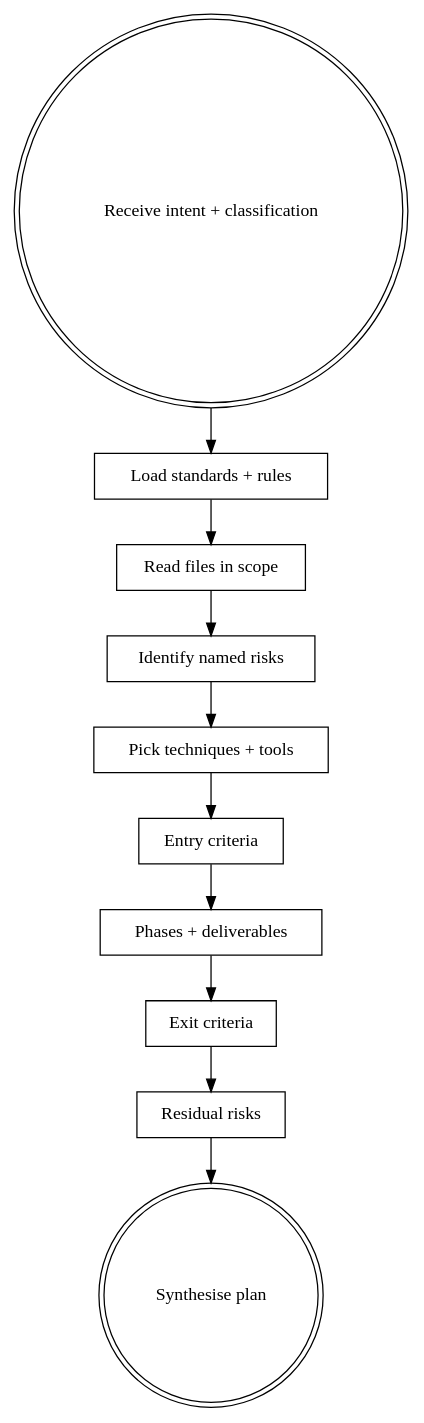
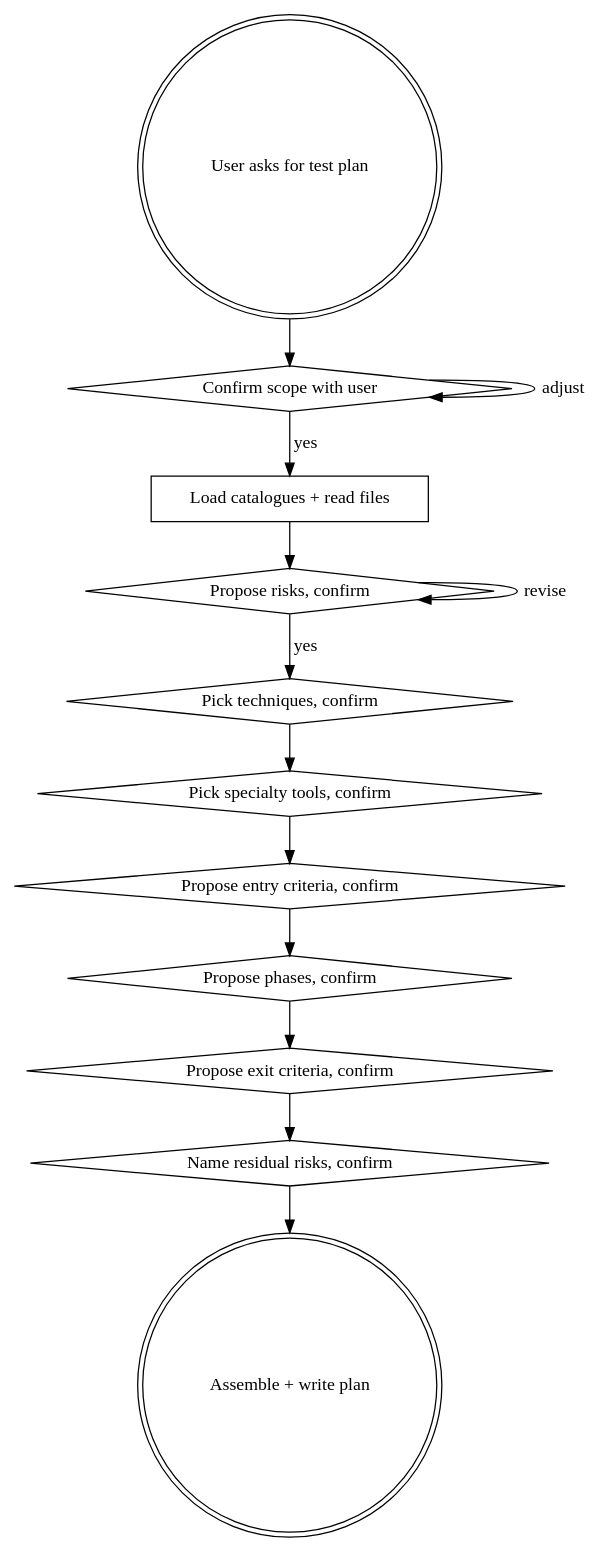
The diagram in skills/qa-creating-test-plan/SKILL.md (sumithr/sumo-qa), drawn with Graphviz before and after one commit. The commit also changed other lines of this file and 15 other files, not shown here.

First line of the commit message:
refactor(skills): one-section-per-turn discipline + specialty-tools as category-fit primer

````diff
--- a/skills/qa-creating-test-plan/SKILL.md
+++ b/skills/qa-creating-test-plan/SKILL.md
@@ -41,25 +65,29 @@
 ```dot
 digraph qa_creating_test_plan {
     rankdir=TB;
-    "Receive intent + classification" [shape=doublecircle];
-    "Load standards + rules" [shape=box];
-    "Read files in scope" [shape=box];
-    "Identify named risks" [shape=box];
-    "Pick techniques + tools" [shape=box];
-    "Entry criteria" [shape=box];
-    "Phases + deliverables" [shape=box];
-    "Exit criteria" [shape=box];
-    "Residual risks" [shape=box];
-    "Synthesise plan" [shape=doublecircle];
+    "User asks for test plan" [shape=doublecircle];
+    "Confirm scope with user" [shape=diamond];
+    "Load catalogues + read files" [shape=box];
+    "Propose risks, confirm" [shape=diamond];
+    "Pick techniques, confirm" [shape=diamond];
+    "Pick specialty tools, confirm" [shape=diamond];
+    "Propose entry criteria, confirm" [shape=diamond];
+    "Propose phases, confirm" [shape=diamond];
+    "Propose exit criteria, confirm" [shape=diamond];
+    "Name residual risks, confirm" [shape=diamond];
+    "Assemble + write plan" [shape=doublecircle];
 
-    "Receive intent + classification" -> "Load standards + rules";
-    "Load standards + rules" -> "Read files in scope";
-    "Read files in scope" -> "Identify named risks";
-    "Identify named risks" -> "Pick techniques + tools";
-    "Pick techniques + tools" -> "Entry criteria";
-    "Entry criteria" -> "Phases + deliverables";
-    "Phases + deliverables" -> "Exit criteria";
-    "Exit criteria" -> "Residual risks";
-    "Residual risks" -> "Synthesise plan";
+    "User asks for test plan" -> "Confirm scope with user";
+    "Confirm scope with user" -> "Load catalogues + read files" [label="yes"];
+    "Confirm scope with user" -> "Confirm scope with user" [label="adjust"];
+    "Load catalogues + read files" -> "Propose risks, confirm";
+    "Propose risks, confirm" -> "Pick techniques, confirm" [label="yes"];
+    "Propose risks, confirm" -> "Propose risks, confirm" [label="revise"];
+    "Pick techniques, confirm" -> "Pick specialty tools, confirm";
+    "Pick specialty tools, confirm" -> "Propose entry criteria, confirm";
+    "Propose entry criteria, confirm" -> "Propose phases, confirm";
+    "Propose phases, confirm" -> "Propose exit criteria, confirm";
+    "Propose exit criteria, confirm" -> "Name residual risks, confirm";
+    "Name residual risks, confirm" -> "Assemble + write plan";
 }
 ```
````
